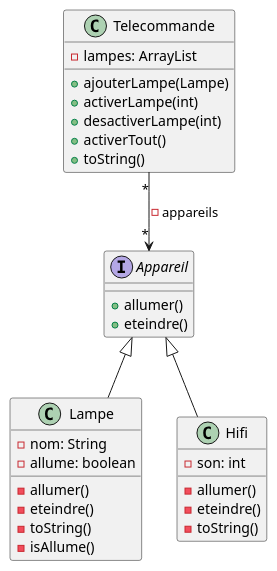
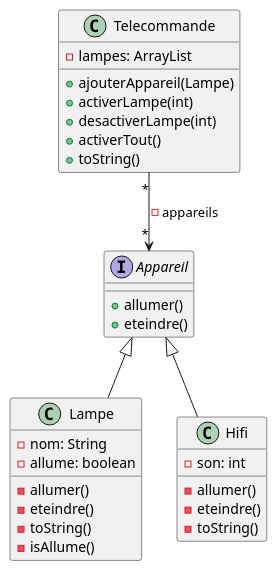
Before and after one commit to shaz267/TP6: the diagram in src/TP6.puml, drawn with PlantUML. The commit also changed 5 other files, not shown here.

```diff
--- a/src/TP6.puml
+++ b/src/TP6.puml
@@ -1,38 +1,38 @@
 @startuml
 'https://plantuml.com/class-diagram
 
 Appareil <|-- Lampe
 Appareil <|-- Hifi
 Telecommande "*" --> "*" Appareil: - appareils
 
 '''classes
 class Telecommande {
     - lampes: ArrayList
-    + ajouterLampe(Lampe)
+    + ajouterAppareil(Lampe)
     + activerLampe(int)
     + desactiverLampe(int)
     + activerTout()
     + toString()
 }
 
 interface Appareil {
     + allumer()
     + eteindre()
 }
 
 class Lampe {
     - nom: String
     - allume: boolean
     - allumer()
     - eteindre()
     - toString()
     - isAllume()
 }
 
 class Hifi {
     - son: int
     - allumer()
     - eteindre()
     - toString()
 }
 @enduml
```
